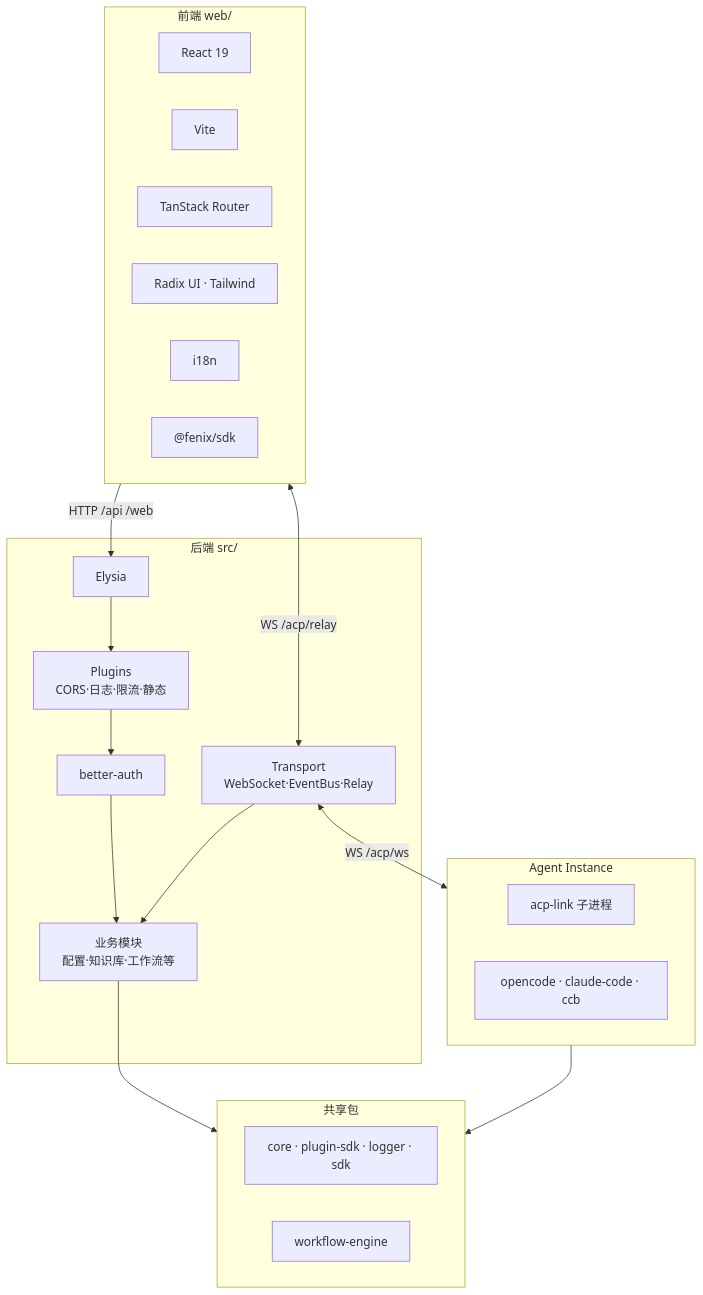
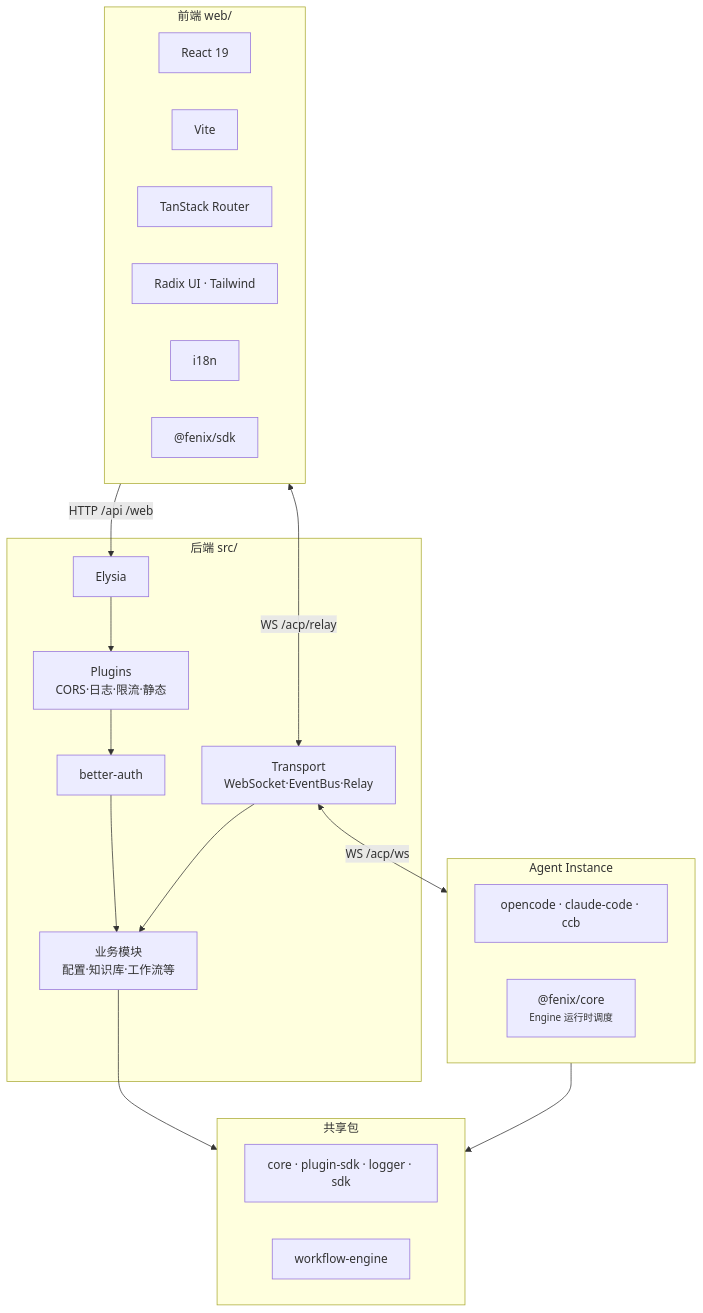
One commit to HuangPuStar/FenixAgent changed the first of 4 diagrams in docs/arch/tech-stack-overview.md. Above: the diagram before and after it, drawn with Mermaid. The commit also changed other lines of this file and 5 other files, not shown here.

First line of the commit message:
docs(arch): acp-link 概念收缩 + Agent 界面重写 + 资源注入

````diff
--- a/docs/arch/tech-stack-overview.md
+++ b/docs/arch/tech-stack-overview.md
@@ -22,40 +22,40 @@
 ```mermaid
 flowchart TB
     subgraph FE["前端 web/"]
         direction LR
         REACT["React 19"]
         VITE["Vite"]
         ROUTER["TanStack Router"]
         RADIX["Radix UI · Tailwind"]
         I18N["i18n"]
         SDK["@fenix/sdk"]
     end
 
     subgraph BE["后端 src/"]
         ELYSIA["Elysia"]
         AUTH["better-auth"]
         PLUGINS["Plugins<br/>CORS·日志·限流·静态"]
         SERVICES["业务模块<br/>配置·知识库·工作流等"]
         TRANSPORT["Transport<br/>WebSocket·EventBus·Relay"]
     end
 
     subgraph INSTANCE["Agent Instance"]
-        ACP["acp-link 子进程"]
         RUNTIME["opencode · claude-code · ccb"]
+        CORECFG["@fenix/core<br/><small>Engine 运行时调度</small>"]
     end
 
     subgraph DEPS["共享包"]
         CORE["core · plugin-sdk · logger · sdk"]
         WF["workflow-engine"]
     end
 
     FE -->|"HTTP /api /web"| ELYSIA
     FE <-->|"WS /acp/relay"| TRANSPORT
     ELYSIA --> PLUGINS
     PLUGINS --> AUTH
     AUTH --> SERVICES
     SERVICES --> DEPS
     TRANSPORT <-->|"WS /acp/ws"| INSTANCE
     TRANSPORT --> SERVICES
     INSTANCE --> DEPS
 ```
````
